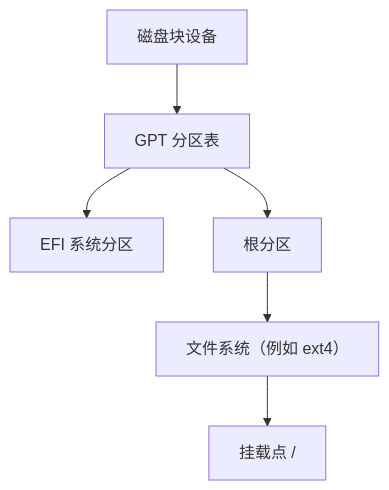
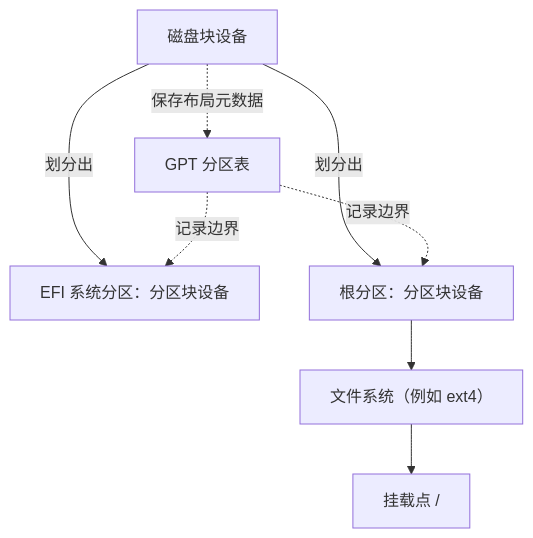
The first of 2 diagrams in Linux/存储/Linux 磁盘、分区、文件系统与 LVM 基础.md (codeExpert666/Backend-Developer-Skills), drawn with Mermaid before and after one commit. The commit also changed other lines of this file and 8 other files, not shown here.

````diff
--- a/Linux/存储/Linux 磁盘、分区、文件系统与 LVM 基础.md
+++ b/Linux/存储/Linux 磁盘、分区、文件系统与 LVM 基础.md
@@ -72,8 +100,10 @@
 ```mermaid
 flowchart TB
-    Disk["磁盘块设备"] --> GPT["GPT 分区表"]
-    GPT --> ESP["EFI 系统分区"]
-    GPT --> RootPartition["根分区"]
+    Disk["磁盘块设备"] -. "保存布局元数据" .-> GPT["GPT 分区表"]
+    Disk -->|"划分出"| ESP["EFI 系统分区：分区块设备"]
+    Disk -->|"划分出"| RootPartition["根分区：分区块设备"]
+    GPT -. "记录边界" .-> ESP
+    GPT -. "记录边界" .-> RootPartition
     RootPartition --> FileSystem["文件系统（例如 ext4）"]
     FileSystem --> RootMount["挂载点 /"]
 ```
````
